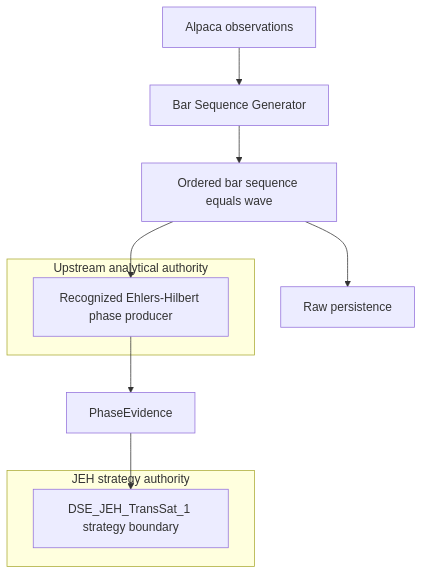
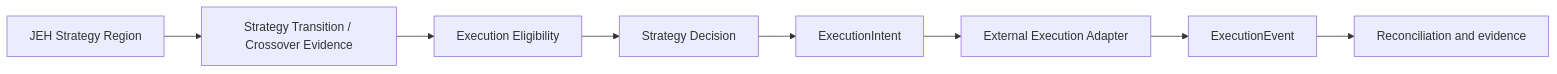
One commit to srao977/tramuthus changed the seventh of 10 diagrams in DSE_JEH/docs/DSE_JEH_TRANS_SAT_1_SYSTEM_DESIGN_V0_1_091226.md. Above: the diagram before and after it, drawn with Mermaid. The commit also changed other lines of this file and 1 other file, not shown here.

Commit message:
DSE_JEH design and implementation docs completed

````diff
--- a/DSE_JEH/docs/DSE_JEH_TRANS_SAT_1_SYSTEM_DESIGN_V0_1_091226.md
+++ b/DSE_JEH/docs/DSE_JEH_TRANS_SAT_1_SYSTEM_DESIGN_V0_1_091226.md
@@ -214,19 +379,10 @@
 ```mermaid
-flowchart TD
-  A[Alpaca observations]
-  B[Bar Sequence Generator]
-  W[Ordered bar sequence equals wave]
-  R[Raw persistence]
-  E[Recognized Ehlers-Hilbert phase producer]
-  P[PhaseEvidence]
-  J[DSE_JEH_TransSat_1 strategy boundary]
-  A --> B --> W
-  W --> R
-  W --> E --> P --> J
-  subgraph Upstream_Analytical_Authority[Upstream analytical authority]
-    E
-  end
-  subgraph JEH_Strategy_Authority[JEH strategy authority]
-    J
-  end
+flowchart LR
+  J[JEH Strategy Region] --> T[Strategy Transition / Crossover Evidence]
+  T --> G[Execution Eligibility]
+  G --> D[Strategy Decision]
+  D --> I[ExecutionIntent]
+  I --> A[External Execution Adapter]
+  A --> E[ExecutionEvent]
+  E --> R[Reconciliation and evidence]
 ```
````
